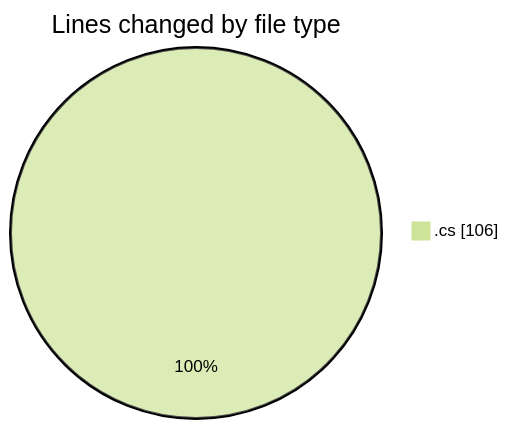
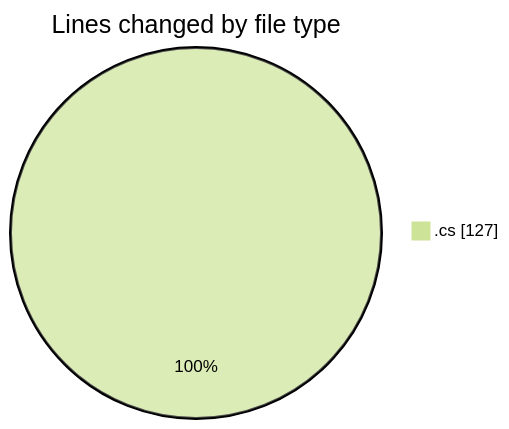
One commit to Netris89/code-tracking changed the first of 2 diagrams in 2025-04-01/back-end/README.md. Above: the diagram before and after it, drawn with Mermaid (forest theme). The commit also changed other lines of this file and 1 other file, not shown here.

````diff
--- a/2025-04-01/back-end/README.md
+++ b/2025-04-01/back-end/README.md
@@ -20,5 +20,5 @@
 ```mermaid
 pie showData
 title Lines changed by file type
-".cs" : 106
+".cs" : 127
 ```
````
